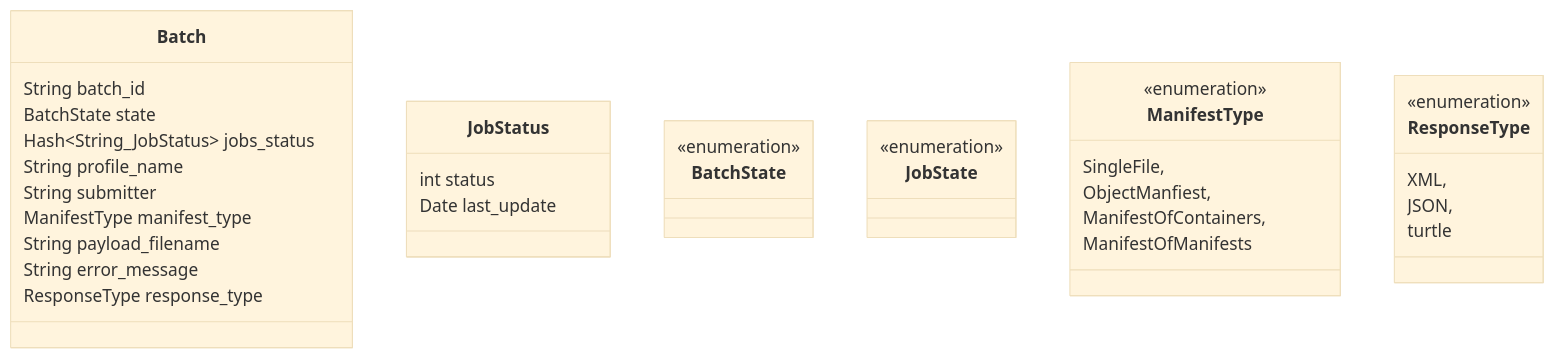
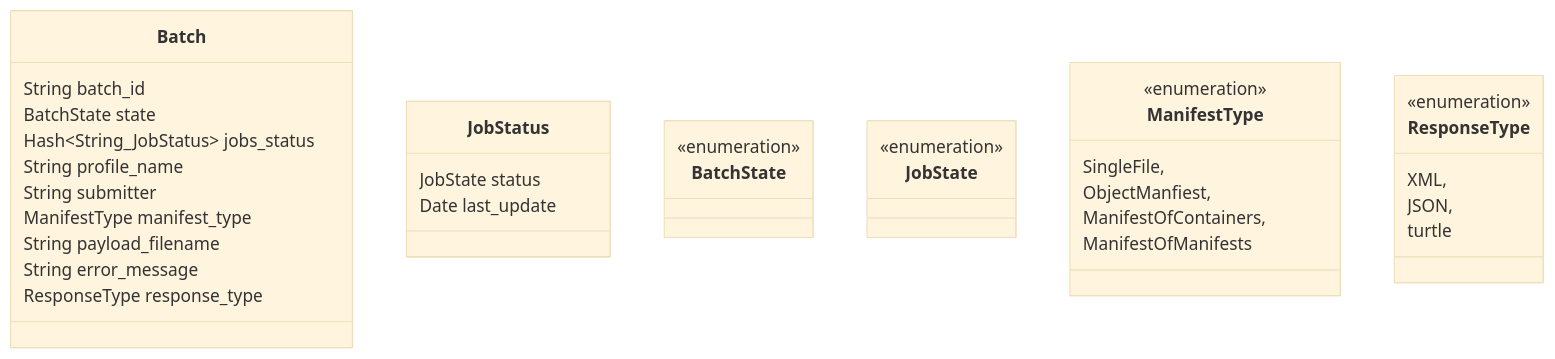
One commit to CDLUC3/mrt-doc changed the second of 3 diagrams in design/queue-2023/states.md. Above: the diagram before and after it, drawn with Mermaid (base theme).

````diff
--- a/design/queue-2023/states.md
+++ b/design/queue-2023/states.md
@@ -27,37 +27,37 @@
 ```mermaid
 classDiagram
   class Batch {
     String batch_id
     BatchState state
     Hash~String_JobStatus~ jobs_status
     String profile_name
     String submitter
     ManifestType manifest_type
     String payload_filename
     String error_message
     ResponseType response_type
   }
   class JobStatus {
-    int status
+    JobState status
     Date last_update
   }
   class BatchState{
     <<enumeration>>
   }
   class JobState{
     <<enumeration>>
   }
   class ManifestType{
     <<enumeration>>
     SingleFile,
     ObjectManfiest,
     ManifestOfContainers,
     ManifestOfManifests
   }
   class ResponseType{
     <<enumeration>>
     XML,
     JSON,
     turtle
   }
 ```
````
